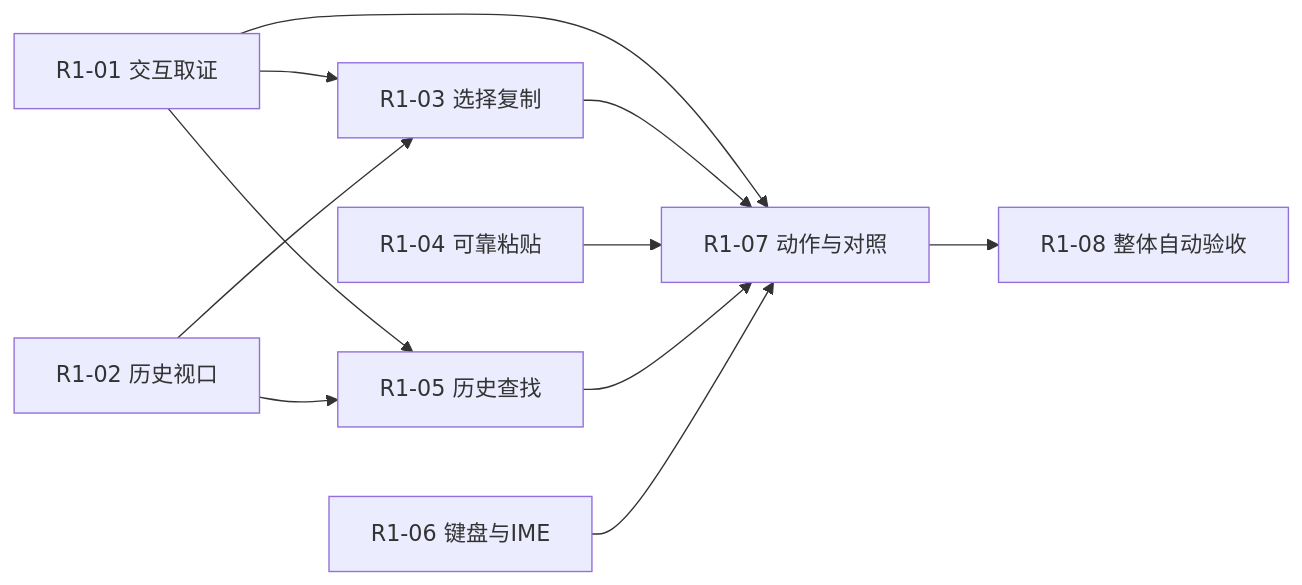
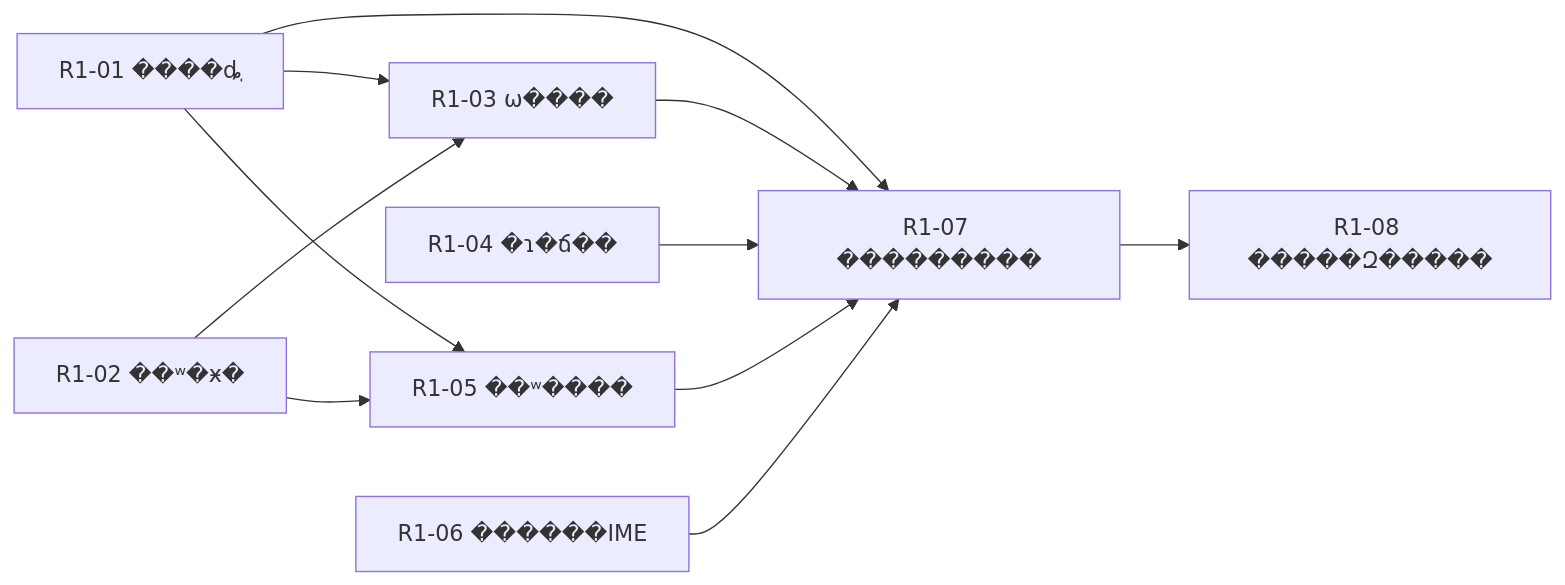
Before and after one commit to JavaZeroo/termforge: the diagram in docs/milestones/R1-local-text.md, drawn with Mermaid. The commit also changed other lines of this file and 1 other file, not shown here.

````diff
--- a/docs/milestones/R1-local-text.md
+++ b/docs/milestones/R1-local-text.md
@@ -26,13 +26,13 @@
 ```mermaid
 flowchart LR
-  A[R1-01 交互取证] --> C[R1-03 选择复制]
-  B[R1-02 历史视口] --> C
-  A --> E[R1-05 历史查找]
+  A[R1-01 ����ȡ֤] --> C[R1-03 ѡ����]
+  B[R1-02 ��ʷ�ӿ�] --> C
+  A --> E[R1-05 ��ʷ����]
   B --> E
-  A --> G[R1-07 动作与对照]
+  A --> G[R1-07 ���������]
   C --> G
-  D[R1-04 可靠粘贴] --> G
+  D[R1-04 �ɿ�ճ��] --> G
   E --> G
-  F[R1-06 键盘与IME] --> G
-  G --> H[R1-08 整体自动验收]
+  F[R1-06 ������IME] --> G
+  G --> H[R1-08 �����Զ�����]
 ```
````
